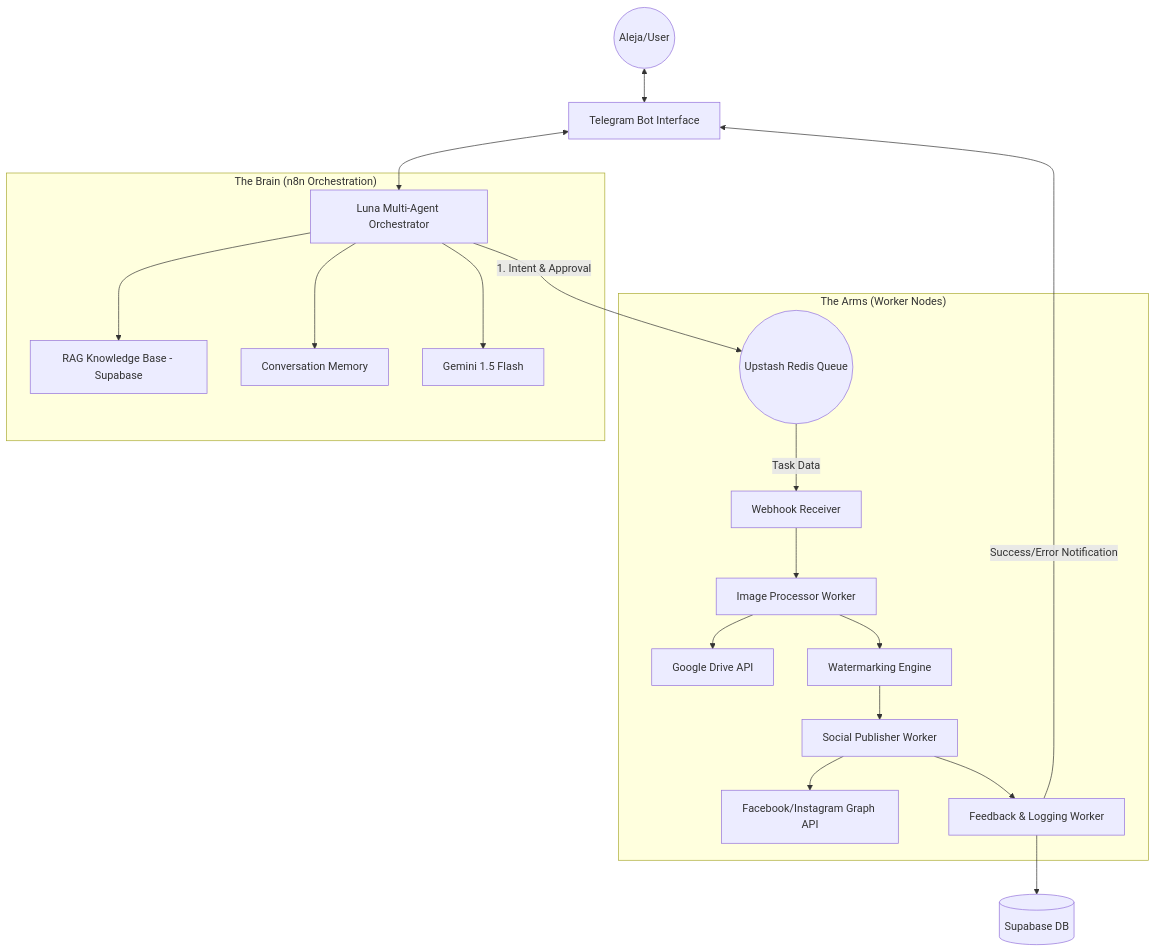
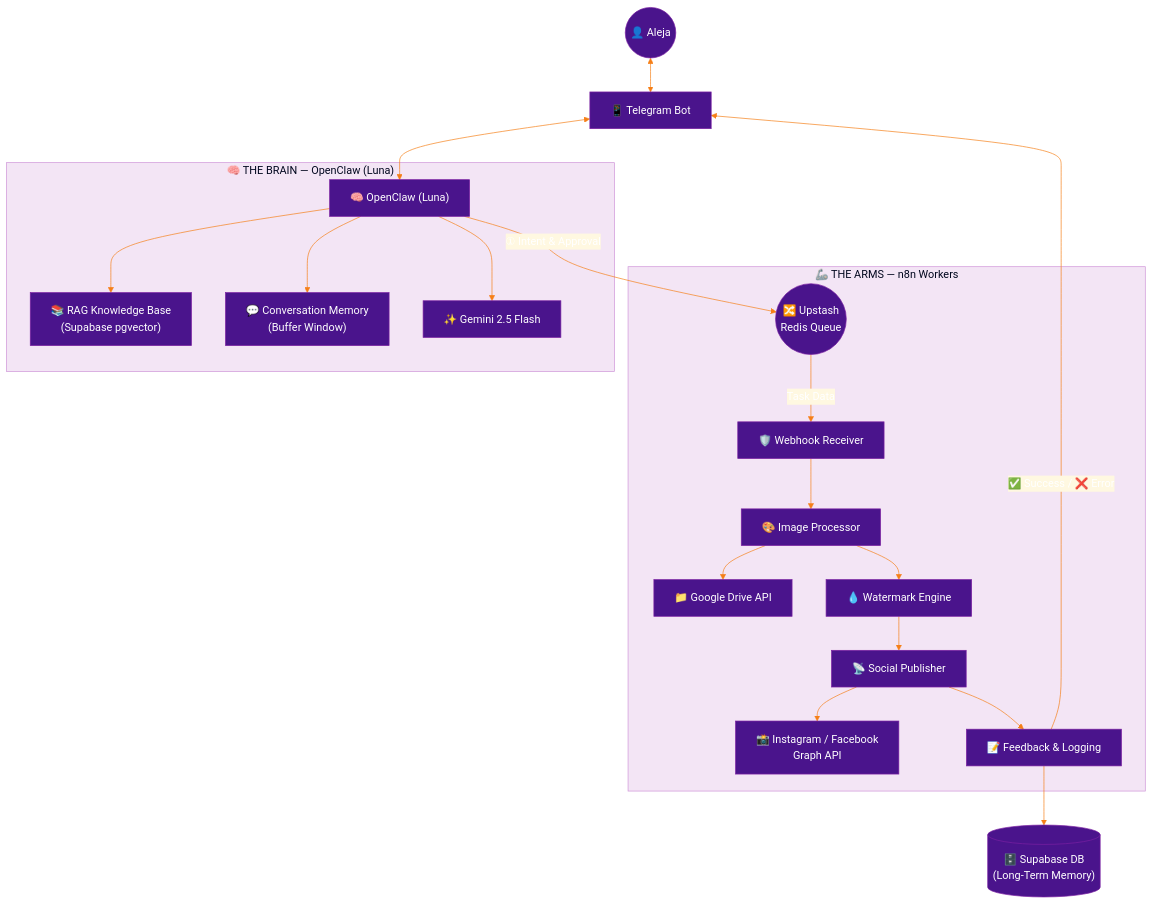
One commit to aleocampodev/LobsterMarketing changed the first of 3 diagrams in specs/architecture.md. Above: the diagram before and after it, drawn with Mermaid. The commit also changed other lines of this file and 39 other files, not shown here.

First line of the commit message:
refactor: correct architecture to Brain-Arms pattern, fix model references, clean up specs

````diff
--- a/specs/architecture.md
+++ b/specs/architecture.md
@@ -12,26 +55,39 @@
 ```mermaid
+%%{init: {'theme': 'base', 'themeVariables': {
+  'primaryColor': '#4A148C',
+  'primaryTextColor': '#fff',
+  'primaryBorderColor': '#7B1FA2',
+  'lineColor': '#F57F17',
+  'secondaryColor': '#FFD54F',
+  'tertiaryColor': '#FFF8E1',
+  'mainBkg': '#4A148C',
+  'nodeBorder': '#7B1FA2',
+  'clusterBkg': '#F3E5F5',
+  'clusterBorder': '#CE93D8',
+  'edgeLabelBackground': '#FFF8E1'
+}}}%%
 graph TD
-    User((Aleja/User)) <--> Telegram[Telegram Bot Interface]
-    Telegram <--> Brain[Luna Multi-Agent Orchestrator]
-    
-    subgraph "The Brain (n8n Orchestration)"
-        Brain --> RAG[RAG Knowledge Base - Supabase]
-        Brain --> Memory[Conversation Memory]
-        Brain --> LLM[Gemini 1.5 Flash]
+    User(("👤 Aleja")) <--> Telegram["📱 Telegram Bot"]
+    Telegram <--> Brain["🧠 OpenClaw (Luna)"]
+
+    subgraph BrainSub["🧠 THE BRAIN — OpenClaw (Luna)"]
+        Brain --> RAG["📚 RAG Knowledge Base<br/>(Supabase pgvector)"]
+        Brain --> Memory["💬 Conversation Memory<br/>(Buffer Window)"]
+        Brain --> LLM["✨ Gemini 2.5 Flash"]
     end
 
-    Brain -- "1. Intent & Approval" --> Redis((Upstash Redis Queue))
+    Brain -- "① Intent & Approval" --> Redis(("🔀 Upstash<br/>Redis Queue"))
 
-    subgraph "The Arms (Worker Nodes)"
-        Redis -- "Task Data" --> Receiver[Webhook Receiver]
-        Receiver --> IPW[Image Processor Worker]
-        IPW --> Drive[Google Drive API]
-        IPW --> Watermark[Watermarking Engine]
-        Watermark --> SPW[Social Publisher Worker]
-        SPW --> Meta[Facebook/Instagram Graph API]
-        SPW --> FLW[Feedback & Logging Worker]
+    subgraph ArmsSub["🦾 THE ARMS — n8n Workers"]
+        Redis -- "Task Data" --> Receiver["🛡️ Webhook Receiver"]
+        Receiver --> IPW["🎨 Image Processor"]
+        IPW --> Drive["📁 Google Drive API"]
+        IPW --> Watermark["💧 Watermark Engine"]
+        Watermark --> SPW["📡 Social Publisher"]
+        SPW --> Meta["📸 Instagram / Facebook<br/>Graph API"]
+        SPW --> FLW["📝 Feedback & Logging"]
     end
 
-    FLW --> Supabase[(Supabase DB)]
-    FLW -- "Success/Error Notification" --> Telegram
+    FLW --> Supabase[("🗄️ Supabase DB<br/>(Long-Term Memory)")]
+    FLW -- "✅ Success / ❌ Error" --> Telegram
 ```
````
